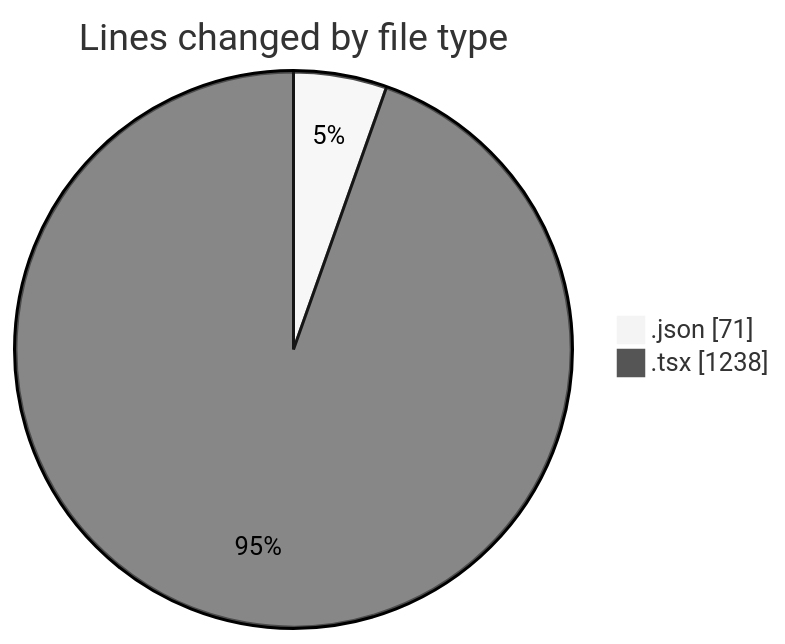
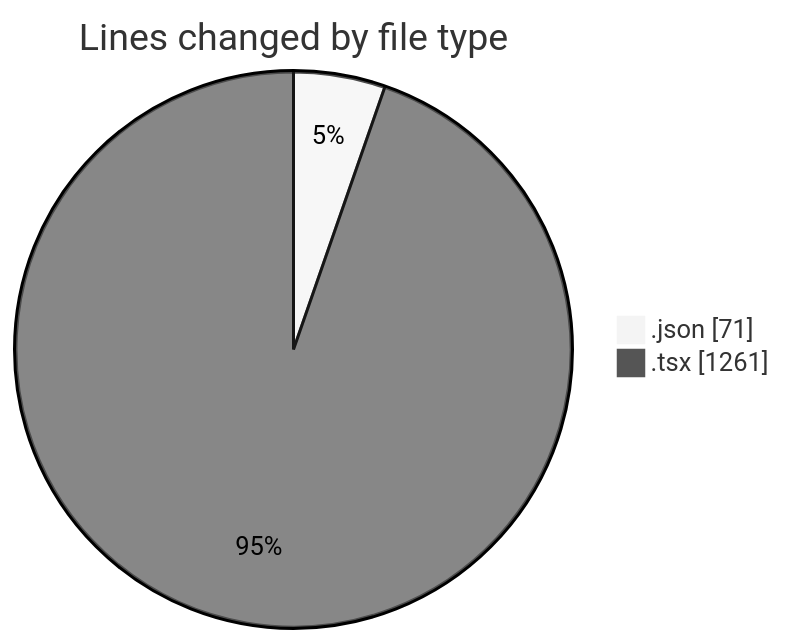
One commit to momahboobian/code-tracking changed the first of 2 diagrams in 2026-01-29/cda/README.md. Above: the diagram before and after it, drawn with Mermaid (neutral theme). The commit also changed other lines of this file and 1 other file, not shown here.

````diff
--- a/2026-01-29/cda/README.md
+++ b/2026-01-29/cda/README.md
@@ -21,6 +21,6 @@
 ```mermaid
 pie showData
 title Lines changed by file type
 ".json" : 71
-".tsx" : 1238
+".tsx" : 1261
 ```
````
